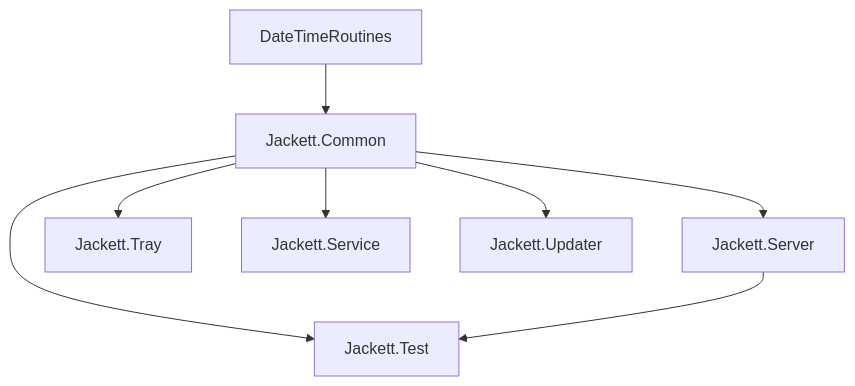
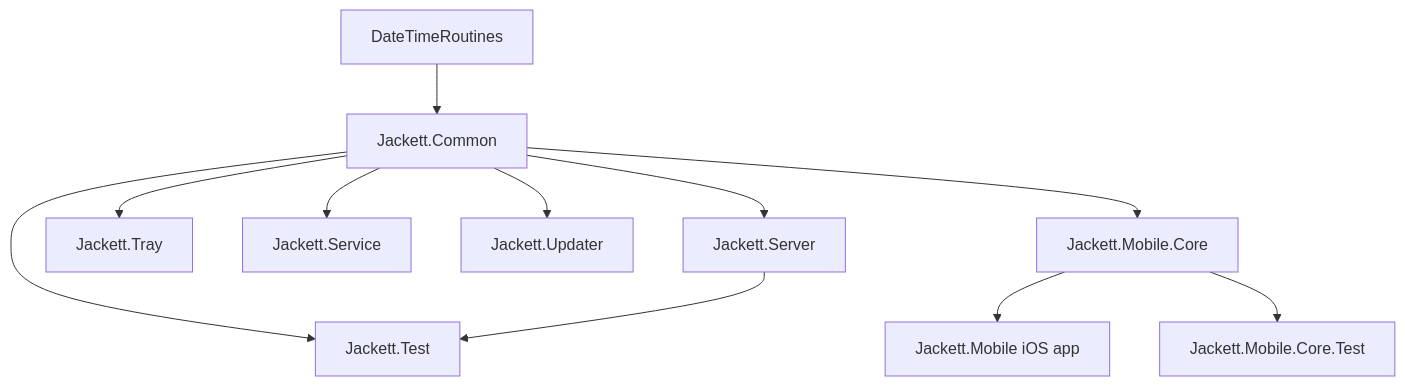
One commit to mlt-5/Jackett changed the second of 2 diagrams in MINDMAP.md. Above: the diagram before and after it, drawn with Mermaid. The commit also changed other lines of this file and 25 other files, not shown here.

First line of the commit message:
Add Jackett.Mobile: standalone iOS app (MAUI)

````diff
--- a/MINDMAP.md
+++ b/MINDMAP.md
@@ -74,10 +81,13 @@
 ```mermaid
 graph TD
   DT[DateTimeRoutines] --> C[Jackett.Common]
   C --> S[Jackett.Server]
   C --> T[Jackett.Tray]
   C --> SV[Jackett.Service]
   C --> U[Jackett.Updater]
   C --> TE[Jackett.Test]
   S --> TE
+  C --> MC[Jackett.Mobile.Core]
+  MC --> M[Jackett.Mobile iOS app]
+  MC --> MT[Jackett.Mobile.Core.Test]
 ```
````
